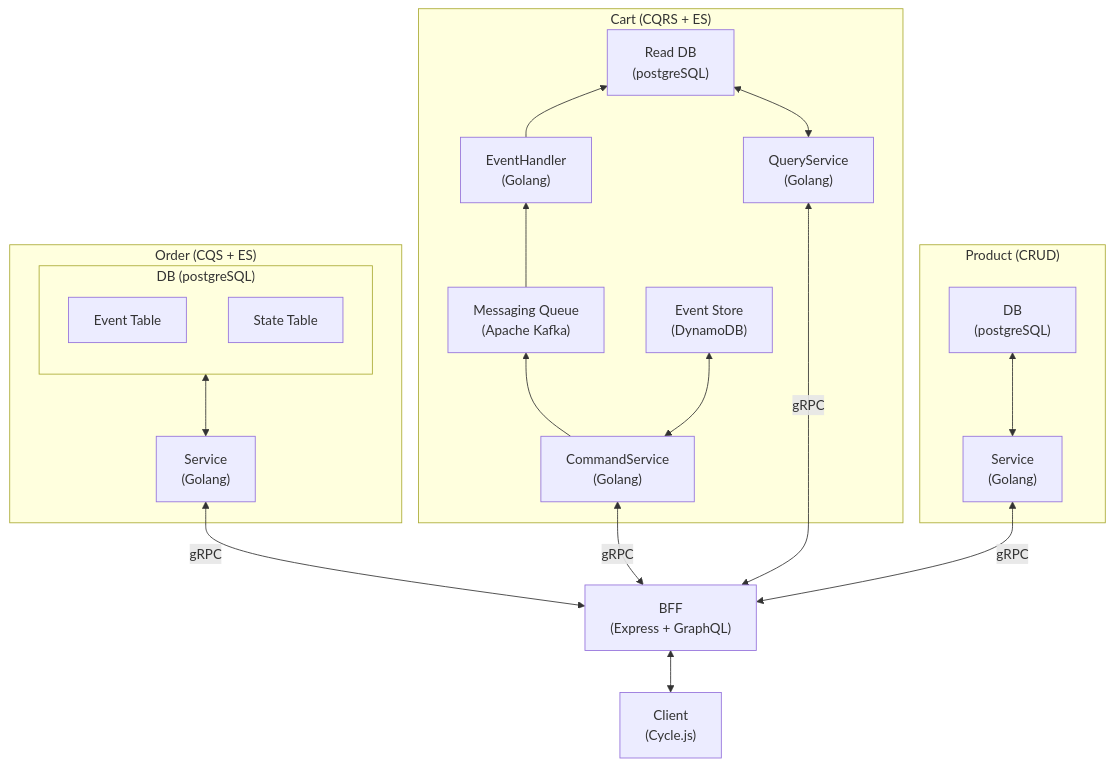
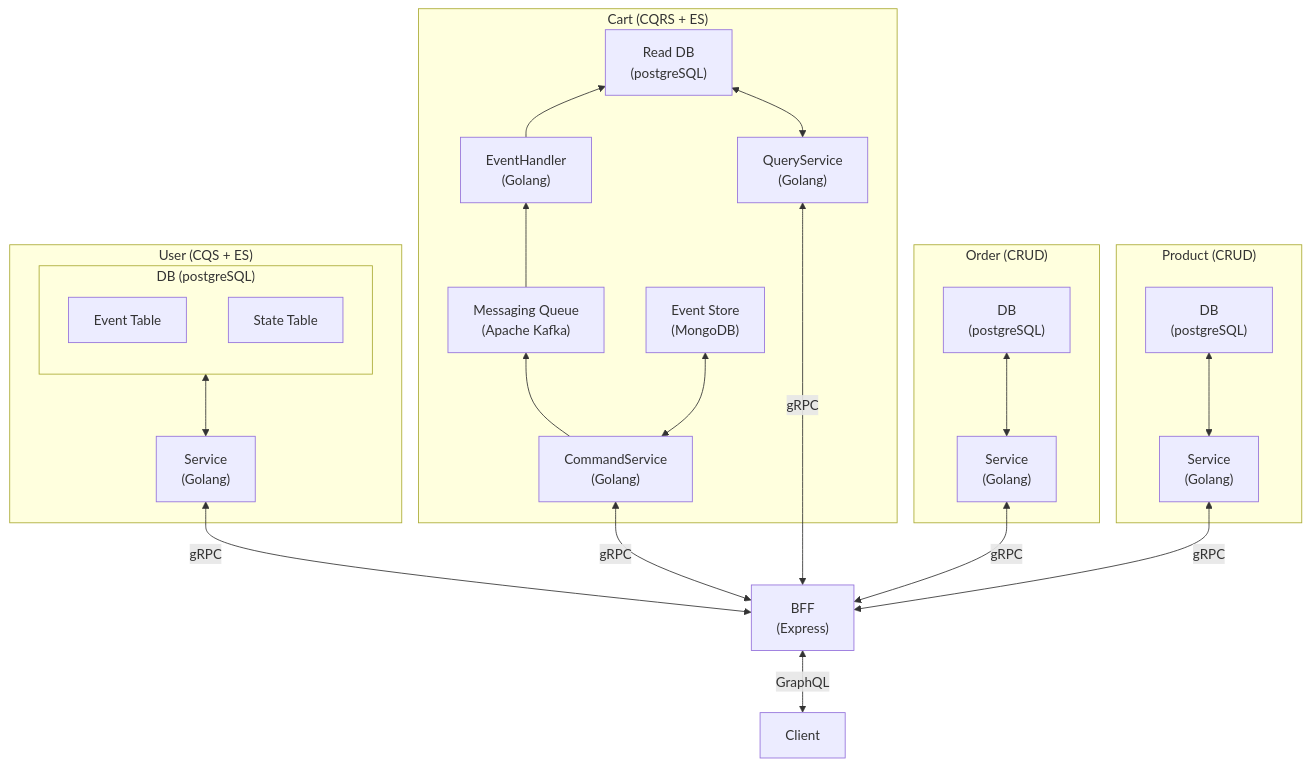
One commit to ichi-h/e-commerce-microservices-demo-v1 changed the first of 3 diagrams in README.md. Above: the diagram before and after it, drawn with Mermaid. The commit also changed other lines of this file, not shown here.

````diff
--- a/README.md
+++ b/README.md
@@ -7,39 +33,46 @@
 ```mermaid
 flowchart BT
-  Client["Client\n(Cycle.js)"]
-  BFF["BFF\n(Express + GraphQL)"]
+  Client["Client"]
+  BFF["BFF\n(Express)"]
 
   subgraph Product["Product (CRUD)"]
     ProductService["Service\n(Golang)"]
     ProductDB["DB\n(postgreSQL)"]
+  end
+
+  subgraph Order["Order (CRUD)"]
+    OrderService["Service\n(Golang)"]
+    OrderDB["DB\n(postgreSQL)"]
   end
 
   subgraph Cart["Cart (CQRS + ES)"]
     CartCommandService["CommandService\n(Golang)"]
     CartQueryService["QueryService\n(Golang)"]
     CartEventHandler["EventHandler\n(Golang)"]
     MessagingQueue["Messaging Queue\n(Apache Kafka)"]
-    CartEventStore["Event Store\n(DynamoDB)"]
+    CartEventStore["Event Store\n(MongoDB)"]
     CartReadDB["Read DB\n(postgreSQL)"]
   end
 
-  subgraph Order["Order (CQS + ES)"]
-    OrderService["Service\n(Golang)"]
-    OrderDB["DB\n(postgreSQL)"]
-    subgraph OrderDB["DB (postgreSQL)"]
-      OrderEventTable["Event Table"]
-      OrderStateTable["State Table"]
+  subgraph User["User (CQS + ES)"]
+    UserService["Service\n(Golang)"]
+    UserDB["DB\n(postgreSQL)"]
+    subgraph UserDB["DB (postgreSQL)"]
+      UserEventTable["Event Table"]
+      UserStateTable["State Table"]
     end
   end
 
-  Client <--> BFF
+  Client <--"GraphQL"--> BFF
   BFF <--"gRPC"--> ProductService
   BFF <--"gRPC"--> CartCommandService
   BFF <--"gRPC"--> CartQueryService
+  BFF <--"gRPC"--> UserService
   BFF <--"gRPC"--> OrderService
   ProductService <--> ProductDB
   CartCommandService <--> CartEventStore
   CartCommandService --> MessagingQueue --> CartEventHandler --> CartReadDB
   CartQueryService <--> CartReadDB
+  UserService <--> UserDB
   OrderService <--> OrderDB
 ```
````
